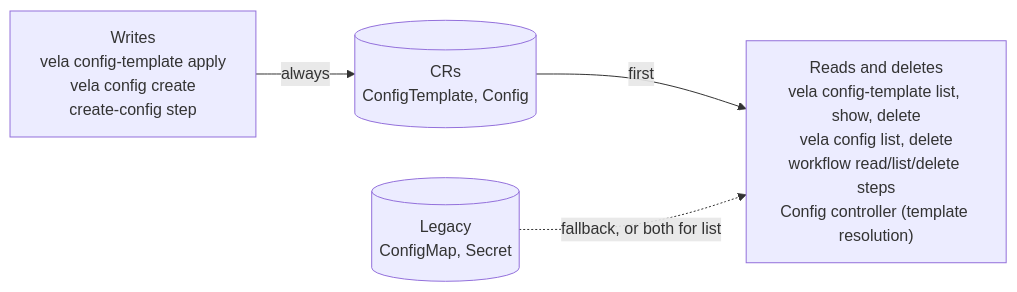
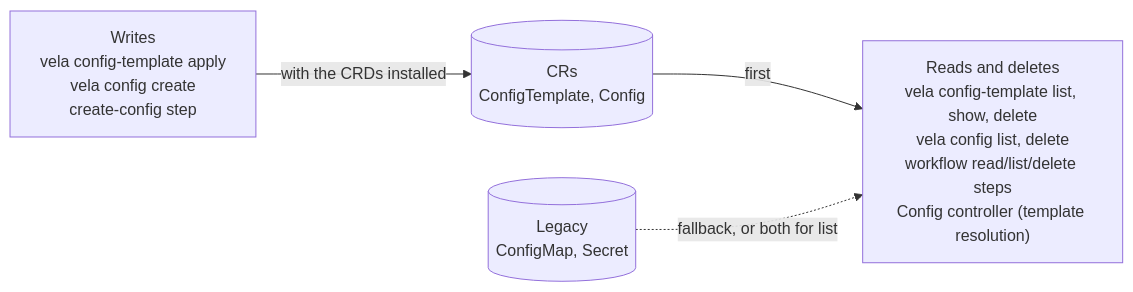
One commit to kubevela/kubevela changed the diagram in design/vela-core/keps/2.18-config-crds/design/02-backward-compatibility-and-cli.md. Above: the diagram before and after it, drawn with Mermaid. The commit also changed other lines of this file and 9 other files, not shown here.

````diff
--- a/design/vela-core/keps/2.18-config-crds/design/02-backward-compatibility-and-cli.md
+++ b/design/vela-core/keps/2.18-config-crds/design/02-backward-compatibility-and-cli.md
@@ -28,11 +30,11 @@
 ```mermaid
 flowchart LR
     W["Writes<br/>vela config-template apply<br/>vela config create<br/>create-config step"]
     CR[("CRs<br/>ConfigTemplate, Config")]
     LEG[("Legacy<br/>ConfigMap, Secret")]
     R["Reads and deletes<br/>vela config-template list, show, delete<br/>vela config list, delete<br/>workflow read/list/delete steps<br/>Config controller (template resolution)"]
 
-    W -- "always" --> CR
+    W -- "with the CRDs installed" --> CR
     CR -- "first" --> R
     LEG -. "fallback, or both for list" .-> R
 ```
````
